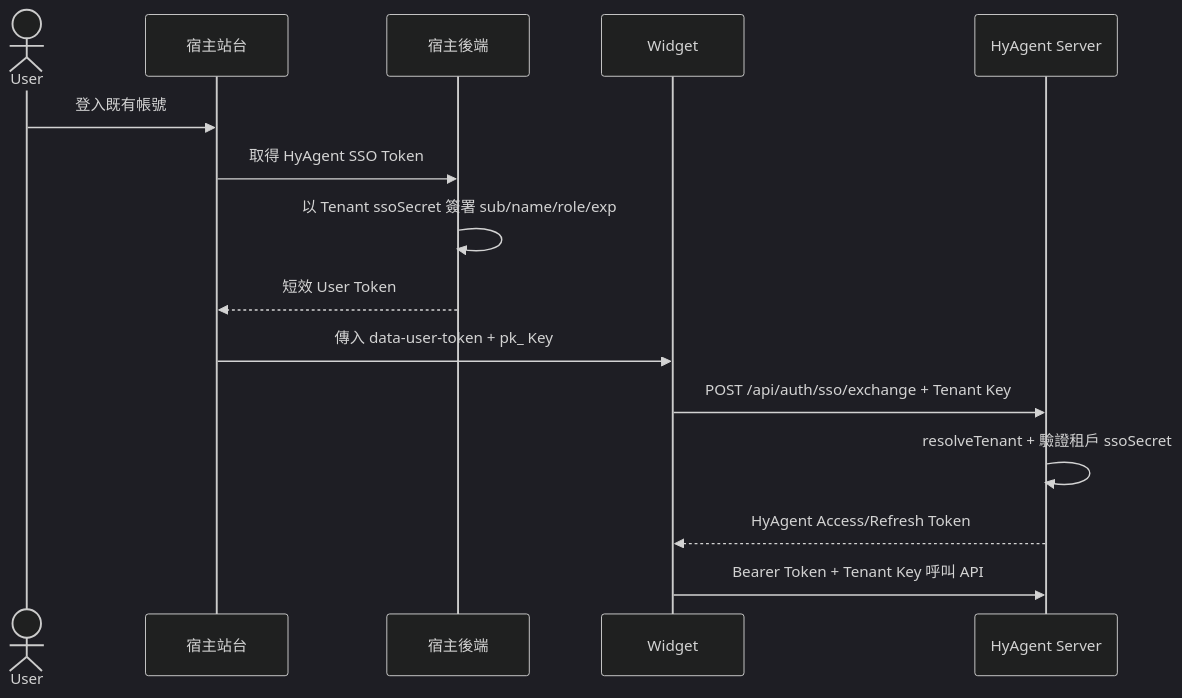
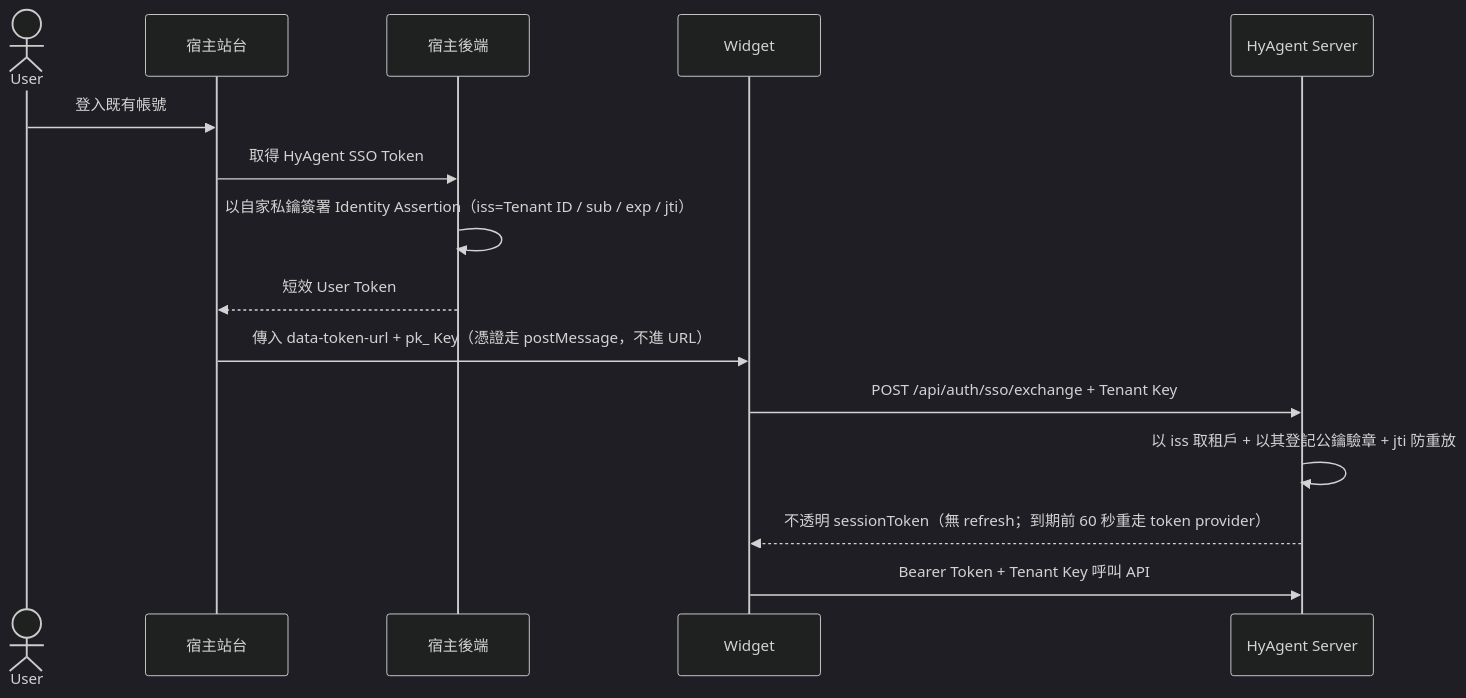
The fourth of 12 diagrams in docs/SYSTEM_ANALYSIS.md (KevinYang2229/hyagent), drawn with Mermaid (dark theme) before and after one commit. The commit also changed other lines of this file and 108 other files, not shown here.

First line of the commit message:
feat(sso): SSO 改為非對稱 Identity Assertion，換發不透明 HyAgent Session

````diff
--- a/docs/SYSTEM_ANALYSIS.md
+++ b/docs/SYSTEM_ANALYSIS.md
@@ -191,18 +191,18 @@
 ```mermaid
 sequenceDiagram
     actor User
     participant Host as 宿主站台
     participant HostBE as 宿主後端
     participant Widget
     participant Server as HyAgent Server
 
     User->>Host: 登入既有帳號
     Host->>HostBE: 取得 HyAgent SSO Token
-    HostBE->>HostBE: 以 Tenant ssoSecret 簽署 sub/name/role/exp
+    HostBE->>HostBE: 以自家私鑰簽署 Identity Assertion（iss=Tenant ID / sub / exp / jti）
     HostBE-->>Host: 短效 User Token
-    Host->>Widget: 傳入 data-user-token + pk_ Key
+    Host->>Widget: 傳入 data-token-url + pk_ Key（憑證走 postMessage，不進 URL）
     Widget->>Server: POST /api/auth/sso/exchange + Tenant Key
-    Server->>Server: resolveTenant + 驗證租戶 ssoSecret
-    Server-->>Widget: HyAgent Access/Refresh Token
+    Server->>Server: 以 iss 取租戶 + 以其登記公鑰驗章 + jti 防重放
+    Server-->>Widget: 不透明 sessionToken（無 refresh；到期前 60 秒重走 token provider）
     Widget->>Server: Bearer Token + Tenant Key 呼叫 API
 ```
````
